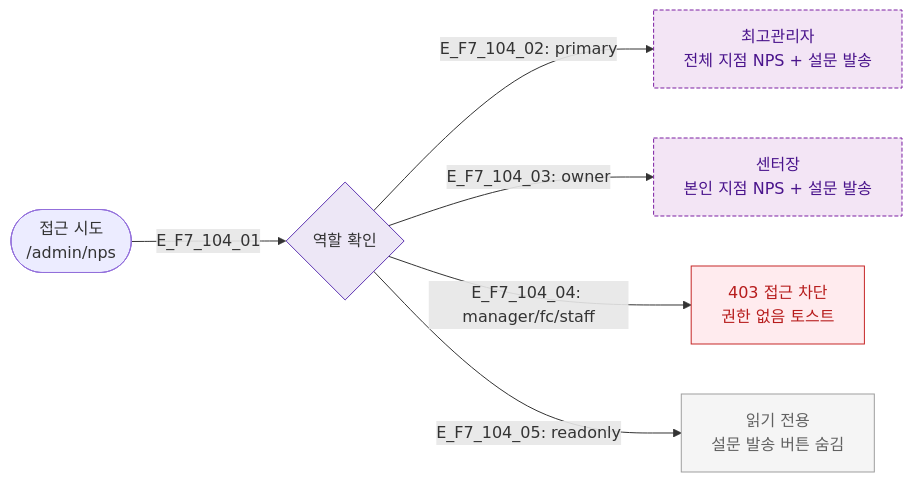
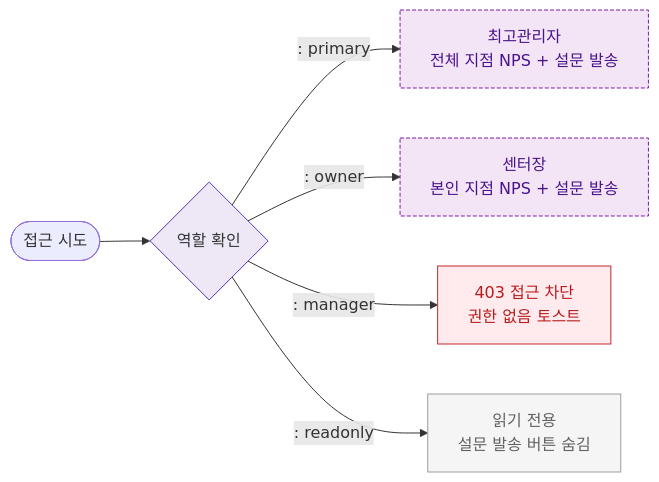
One commit to dev-spogym/admin-pando changed the diagram in docs/다이어그램/D10_본사관리/SCR-104_NPS설문/F7_권한RBAC.md. Above: the diagram before and after it, drawn with Mermaid. The commit also changed other lines of this file and 1660 other files, not shown here.

First line of the commit message:
다이어그램: 기획자/클라이언트 납품본으로 정리

````diff
--- a/docs/다이어그램/D10_본사관리/SCR-104_NPS설문/F7_권한RBAC.md
+++ b/docs/다이어그램/D10_본사관리/SCR-104_NPS설문/F7_권한RBAC.md
@@ -14,20 +12,20 @@
 ```mermaid
 flowchart LR
-    User([접근 시도\n/admin/nps])
-    User -->|E_F7_104_01| RoleCheck{역할 확인}
+    User([접근 시도\n])
+    User --> RoleCheck{역할 확인}
 
-    RoleCheck -->|"E_F7_104_02: primary"| P[최고관리자\n전체 지점 NPS + 설문 발송]
-    RoleCheck -->|"E_F7_104_03: owner"| O[센터장\n본인 지점 NPS + 설문 발송]
-    RoleCheck -->|"E_F7_104_04: manager/fc/staff"| Staff[403 접근 차단\n권한 없음 토스트]
-    RoleCheck -->|"E_F7_104_05: readonly"| RO[읽기 전용\n설문 발송 버튼 숨김]
+    RoleCheck -->|": primary"|P[최고관리자\n전체 지점 NPS + 설문 발송]
+    RoleCheck -->|": owner"|O[센터장\n본인 지점 NPS + 설문 발송]
+    RoleCheck -->|": manager"|Staff[403 접근 차단\n권한 없음 토스트]
+    RoleCheck -->|": readonly"|RO[읽기 전용\n설문 발송 버튼 숨김]
 
     classDef screen fill:#E3F2FD,stroke:#1976D2,color:#0D47A1
     classDef newFeature fill:#F3E5F5,stroke:#7B1FA2,color:#4A148C,stroke-dasharray:4 2
     classDef rbacBlocked fill:#F5F5F5,stroke:#9E9E9E,color:#616161
     classDef error fill:#FFEBEE,stroke:#C62828,color:#B71C1C
     classDef system fill:#EDE7F6,stroke:#5E35B2
     class P,O newFeature
     class RO rbacBlocked
     class Staff error
     class RoleCheck system
 ```
````
